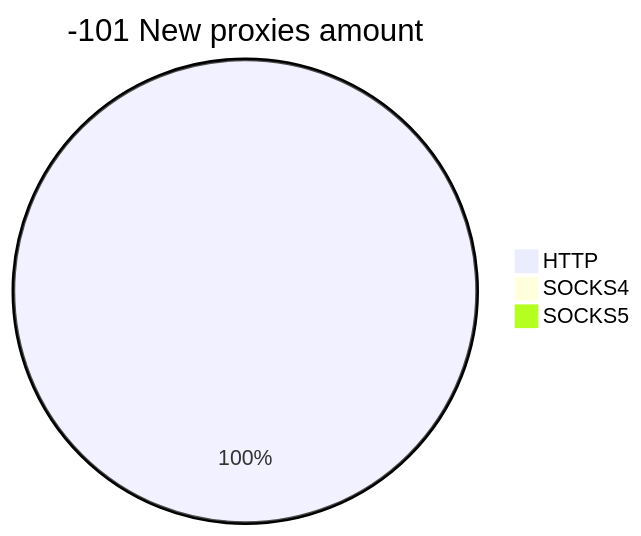
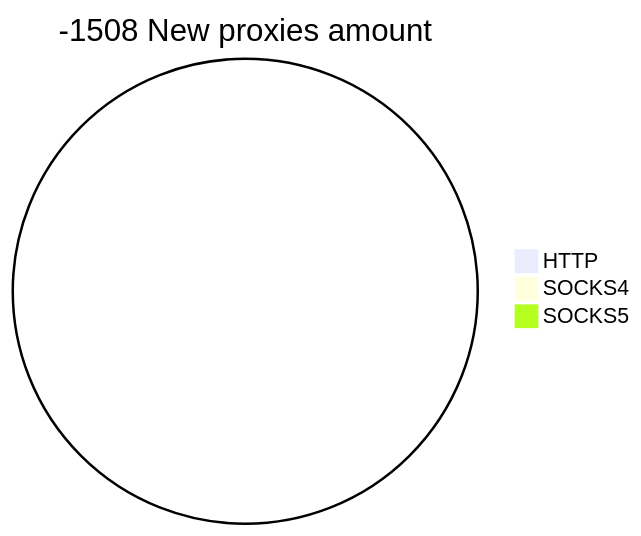
One commit to cutipu/proxylist changed the second of 2 diagrams in README.md. Above: the diagram before and after it, drawn with Mermaid. The commit also changed other lines of this file, not shown here.

````diff
--- a/README.md
+++ b/README.md
@@ -10,6 +10,6 @@
 ```mermaid
-pie title -101 New proxies amount
-    "HTTP" : 1
+pie title -1508 New proxies amount
+    "HTTP" : 0
     "SOCKS4" : 0
     "SOCKS5" : 0
 ```
````
